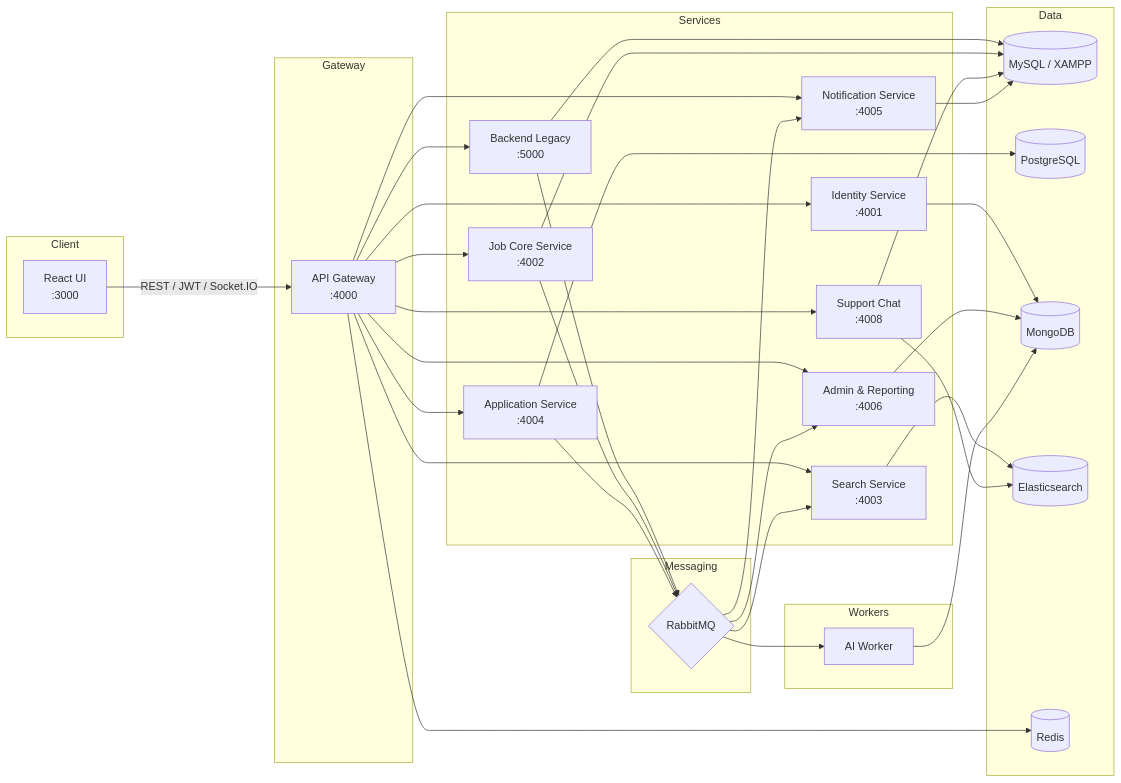
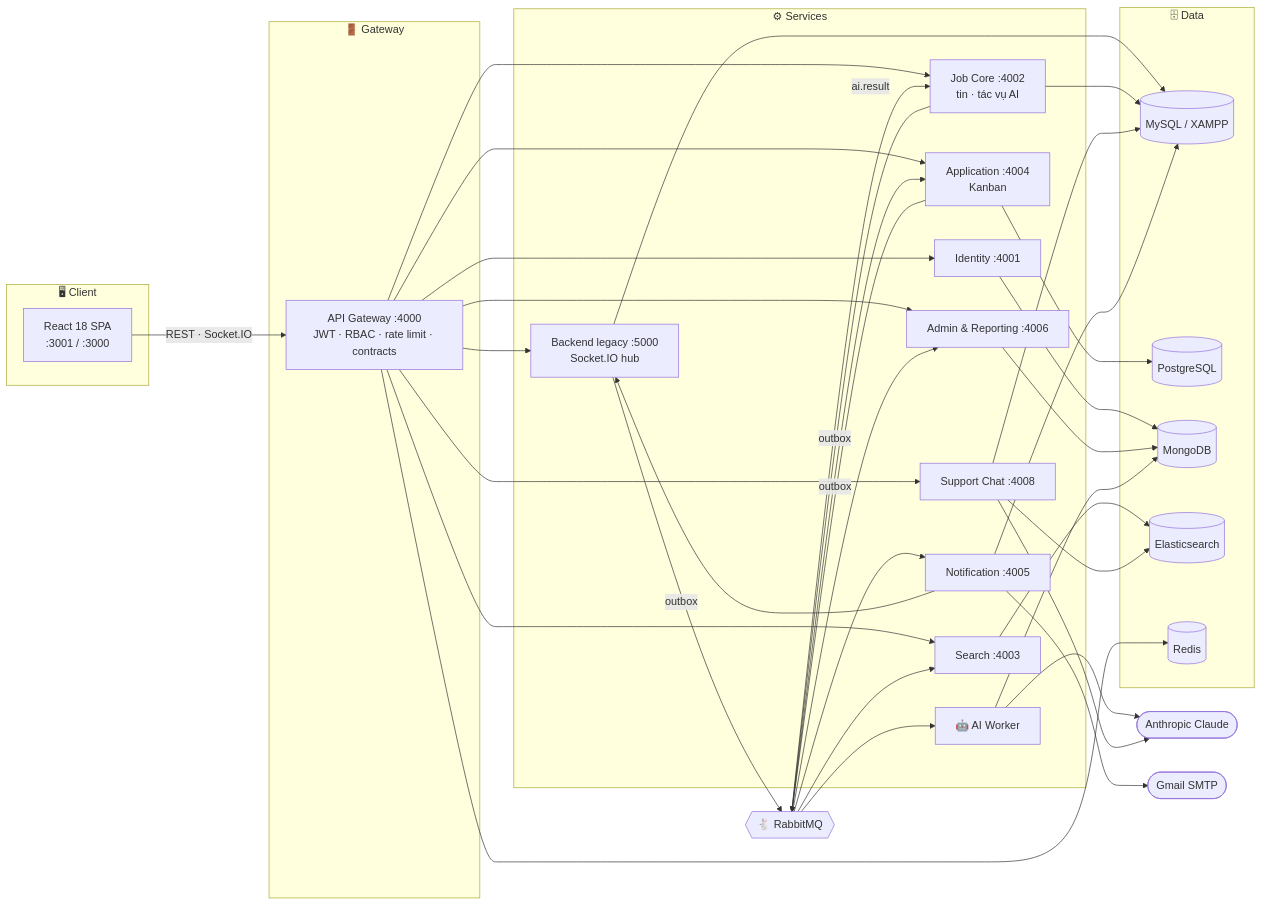
Before and after one commit to nguyentuanthien2384/DALN_JobFind: the second of 3 diagrams in README.md, drawn with Mermaid. The commit also changed other lines of this file and 48 other files, not shown here.

Commit message:
feat: add AI assistant microservices, OpenAPI contracts, and frontend components

````diff
--- a/README.md
+++ b/README.md
@@ -127,67 +258,54 @@
 ```mermaid
 flowchart LR
-    subgraph Client
-        UI["React UI\n:3000"]
+    subgraph Client["🖥 Client"]
+        UI["React 18 SPA<br/>:3001 / :3000"]
     end
 
-    subgraph Gateway
-        GW["API Gateway\n:4000"]
+    subgraph Edge["🚪 Gateway"]
+        GW["API Gateway :4000<br/>JWT · RBAC · rate limit · contracts"]
     end
 
-    subgraph Services
-        Legacy["Backend Legacy\n:5000"]
-        Identity["Identity Service\n:4001"]
-        Job["Job Core Service\n:4002"]
-        Search["Search Service\n:4003"]
-        Apps["Application Service\n:4004"]
-        Notify["Notification Service\n:4005"]
-        Admin["Admin & Reporting\n:4006"]
-        Support["Support Chat\n:4008"]
+    subgraph Services["⚙ Services"]
+        Legacy["Backend legacy :5000<br/>Socket.IO hub"]
+        Identity["Identity :4001"]
+        Job["Job Core :4002<br/>tin · tác vụ AI"]
+        Search["Search :4003"]
+        Apps["Application :4004<br/>Kanban"]
+        Notify["Notification :4005"]
+        Admin["Admin & Reporting :4006"]
+        Support["Support Chat :4008"]
+        AI["🤖 AI Worker"]
     end
 
-    subgraph Workers
-        AI["AI Worker"]
-    end
-
-    subgraph Data
+    subgraph Data["🗄 Data"]
         MySQL[("MySQL / XAMPP")]
         Postgres[("PostgreSQL")]
         Mongo[("MongoDB")]
         ES[("Elasticsearch")]
         Redis[("Redis")]
     end
 
-    subgraph Messaging
-        MQ{"RabbitMQ"}
-    end
+    MQ{{"🐇 RabbitMQ"}}
+    Claude(["Anthropic Claude"])
+    Mail(["Gmail SMTP"])
 
-    UI -->|"REST / JWT / Socket.IO"| GW
-    GW --> Legacy
-    GW --> Identity
-    GW --> Job
-    GW --> Search
-    GW --> Apps
-    GW --> Notify
-    GW --> Admin
-    GW --> Support
-
+    UI -->|"REST · Socket.IO"| GW
+    GW --> Legacy & Identity & Job & Search & Apps & Admin & Support
     Legacy --> MySQL
     Job --> MySQL
     Apps --> Postgres
     Identity --> Mongo
     Admin --> Mongo
     Search --> ES
-    Support --> MySQL
-    Support --> ES
+    Support --> MySQL & ES
     Notify --> MySQL
     GW --> Redis
-
-    Legacy --> MQ
-    Job --> MQ
-    Apps --> MQ
-    MQ --> Search
-    MQ --> AI
-    MQ --> Notify
-    MQ --> Admin
+    Legacy & Job & Apps -->|outbox| MQ
+    MQ --> Search & AI & Notify & Admin & Apps
+    MQ -->|ai.result| Job
     AI --> Mongo
+    AI --> Claude
+    Support --> Claude
+    Notify --> Mail
+    Notify --> Legacy
 ```
````
